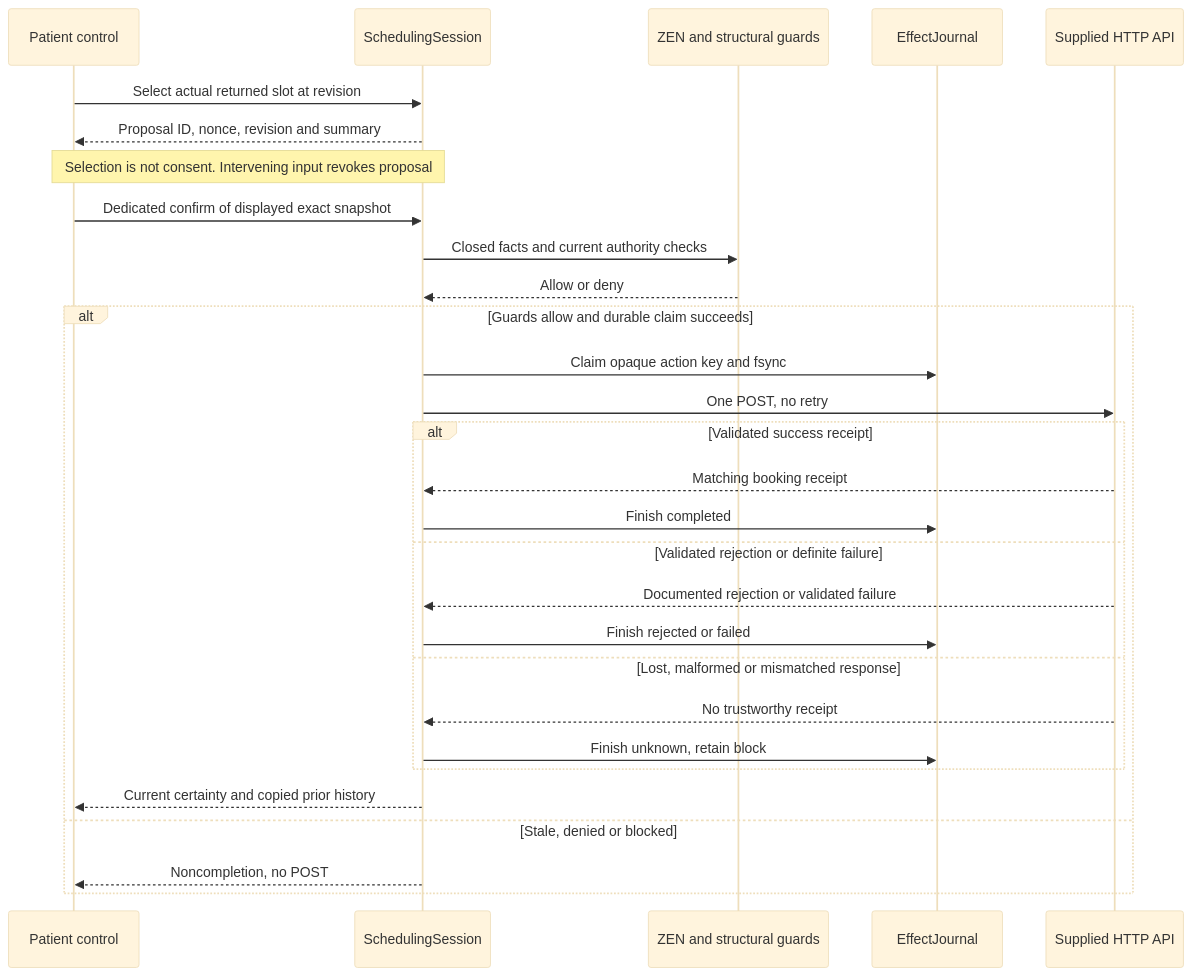
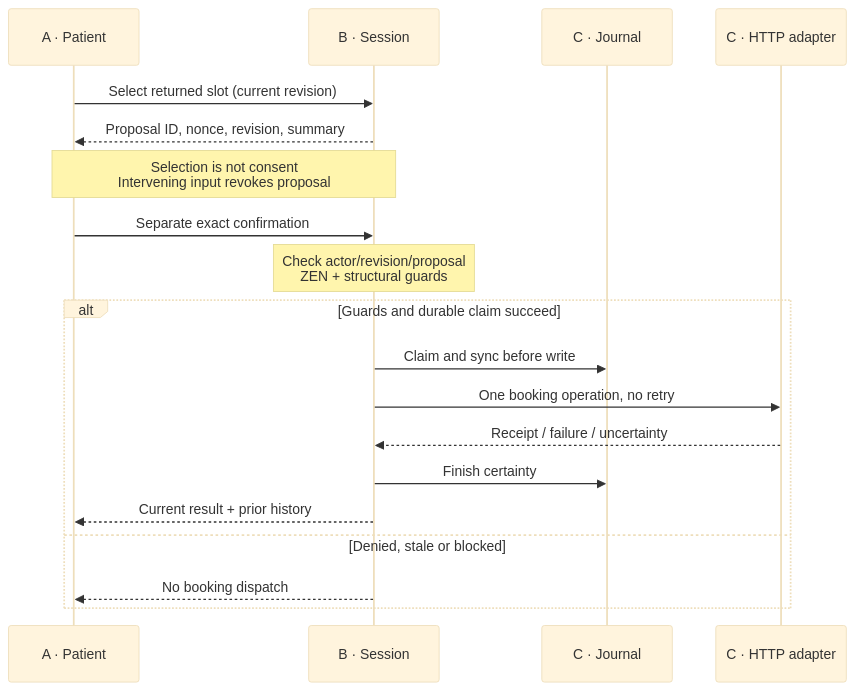
Before and after one commit to Kenerator/ochsner-scheduling-bob: the fifth of 6 diagrams in docs/internal/as-built/architecture.md, drawn with Mermaid (base theme). The commit also changed other lines of this file and 12 other files, not shown here.

Commit message:
docs: organize current BOB architecture and add control guides

````diff
--- a/docs/internal/as-built/architecture.md
+++ b/docs/internal/as-built/architecture.md
@@ -145,31 +129,21 @@
 ```mermaid
 sequenceDiagram
-  participant P as Patient control
-  participant S as SchedulingSession
-  participant Z as ZEN and structural guards
-  participant J as EffectJournal
-  participant H as Supplied HTTP API
-  P->>S: Select actual returned slot at revision
-  S-->>P: Proposal ID, nonce, revision and summary
-  Note over P,S: Selection is not consent. Intervening input revokes proposal
-  P->>S: Dedicated confirm of displayed exact snapshot
-  S->>Z: Closed facts and current authority checks
-  Z-->>S: Allow or deny
-  alt Guards allow and durable claim succeeds
-    S->>J: Claim opaque action key and fsync
-    S->>H: One POST, no retry
-    alt Validated success receipt
-      H-->>S: Matching booking receipt
-      S->>J: Finish completed
-    else Validated rejection or definite failure
-      H-->>S: Documented rejection or validated failure
-      S->>J: Finish rejected or failed
-    else Lost, malformed or mismatched response
-      H-->>S: No trustworthy receipt
-      S->>J: Finish unknown, retain block
-    end
-    S-->>P: Current certainty and copied prior history
-  else Stale, denied or blocked
-    S-->>P: Noncompletion, no POST
+  participant P as A · Patient
+  participant S as B · Session
+  participant J as C · Journal
+  participant H as C · HTTP adapter
+  P->>S: Select returned slot (current revision)
+  S-->>P: Proposal ID, nonce, revision, summary
+  Note over P,S: Selection is not consent<br/>Intervening input revokes proposal
+  P->>S: Separate exact confirmation
+  Note over S: Check actor/revision/proposal<br/>ZEN + structural guards
+  alt Guards and durable claim succeed
+    S->>J: Claim and sync before write
+    S->>H: One booking operation, no retry
+    H-->>S: Receipt / failure / uncertainty
+    S->>J: Finish certainty
+    S-->>P: Current result + prior history
+  else Denied, stale or blocked
+    S-->>P: No booking dispatch
   end
 ```
````
